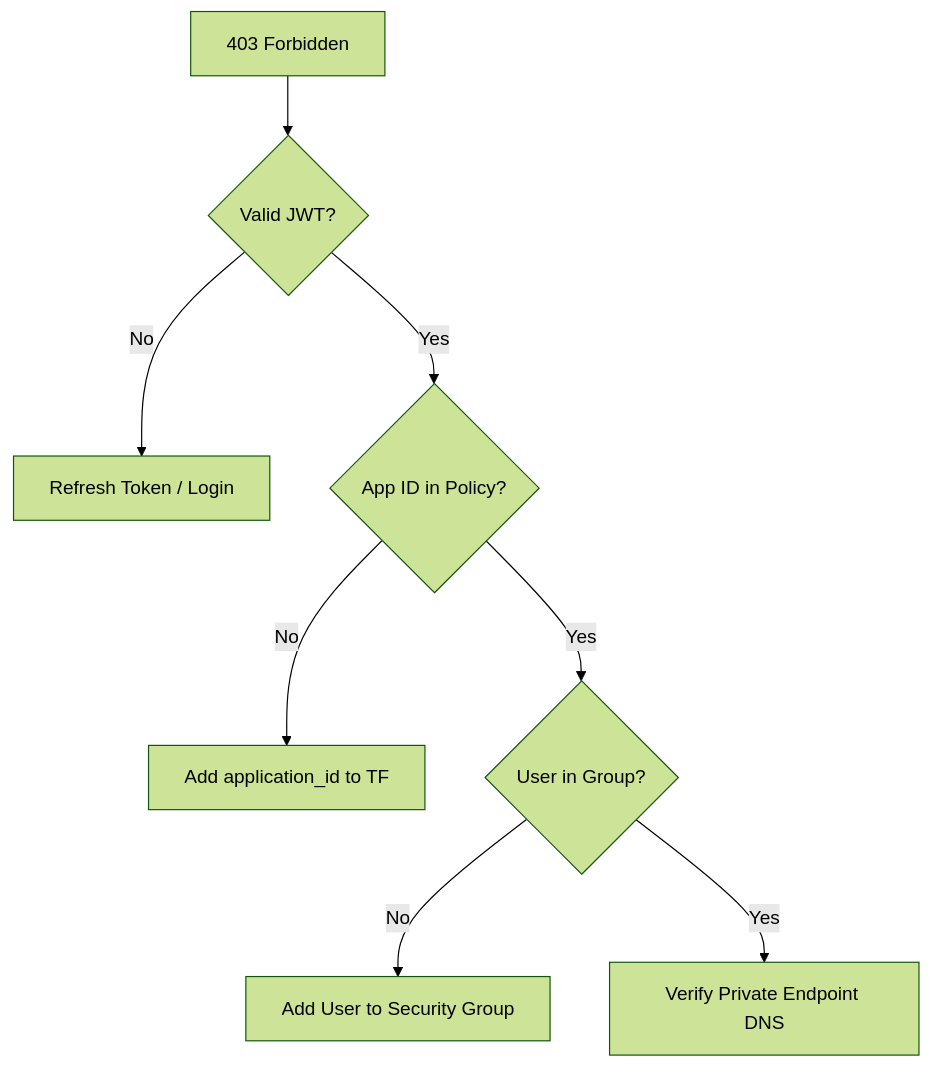
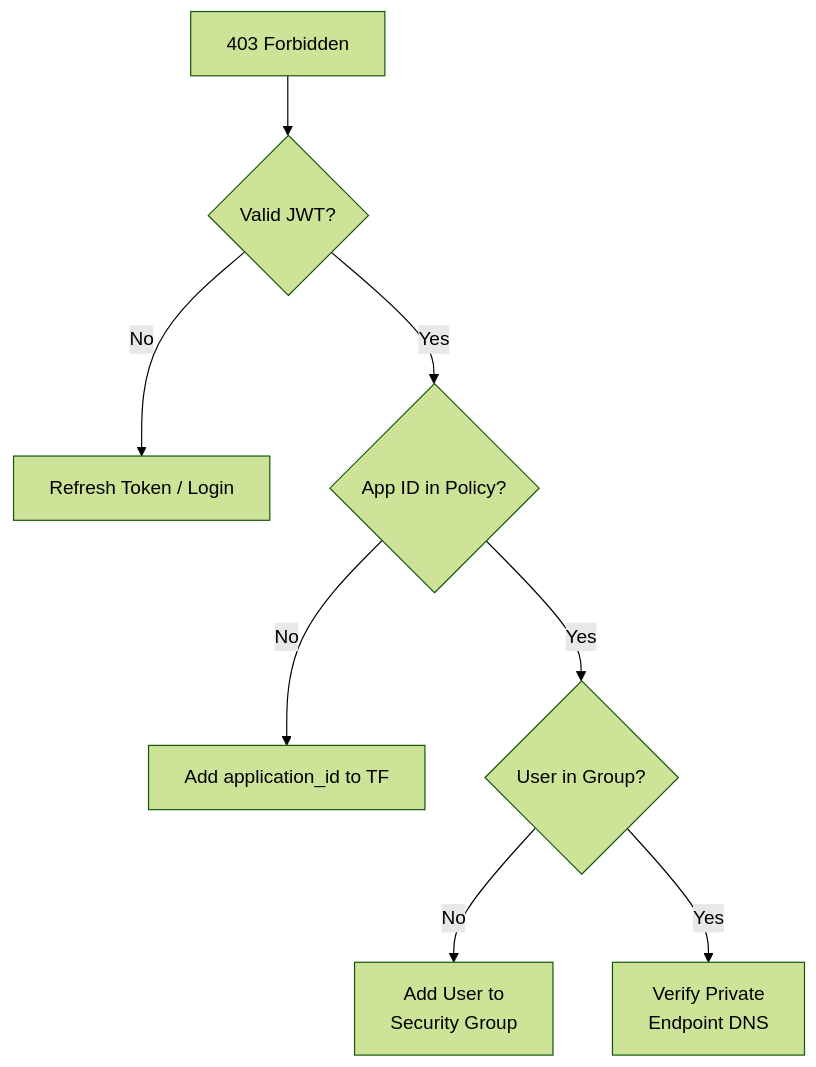
One commit to nubenetes/terraform-azure-devops-agentic changed the diagram in docs/911-TROUBLESHOOTING_AND_OPERATIONAL_RUNBOOKS.md. Above: the diagram before and after it, drawn with Mermaid (forest theme). The commit also changed 23 other files, not shown here.

Commit message:
docs: establish automated Mermaid validator and eliminate text clipping repo-wide

````diff
--- a/docs/911-TROUBLESHOOTING_AND_OPERATIONAL_RUNBOOKS.md
+++ b/docs/911-TROUBLESHOOTING_AND_OPERATIONAL_RUNBOOKS.md
@@ -65,10 +65,10 @@
 ```mermaid
 graph TD
     A[403 Forbidden] --> B{Valid JWT?}
     B -- No --> C[Refresh Token / Login]
     B -- Yes --> D{App ID in Policy?}
     D -- No --> E[Add application_id to TF]
     D -- Yes --> F{User in Group?}
-    F -- No --> G[Add User to Security Group]
-    F -- Yes --> H[Verify Private Endpoint DNS]
+    F -- No --> G[Add User to<br/>Security Group]
+    F -- Yes --> H[Verify Private<br/>Endpoint DNS]
 ```
````
